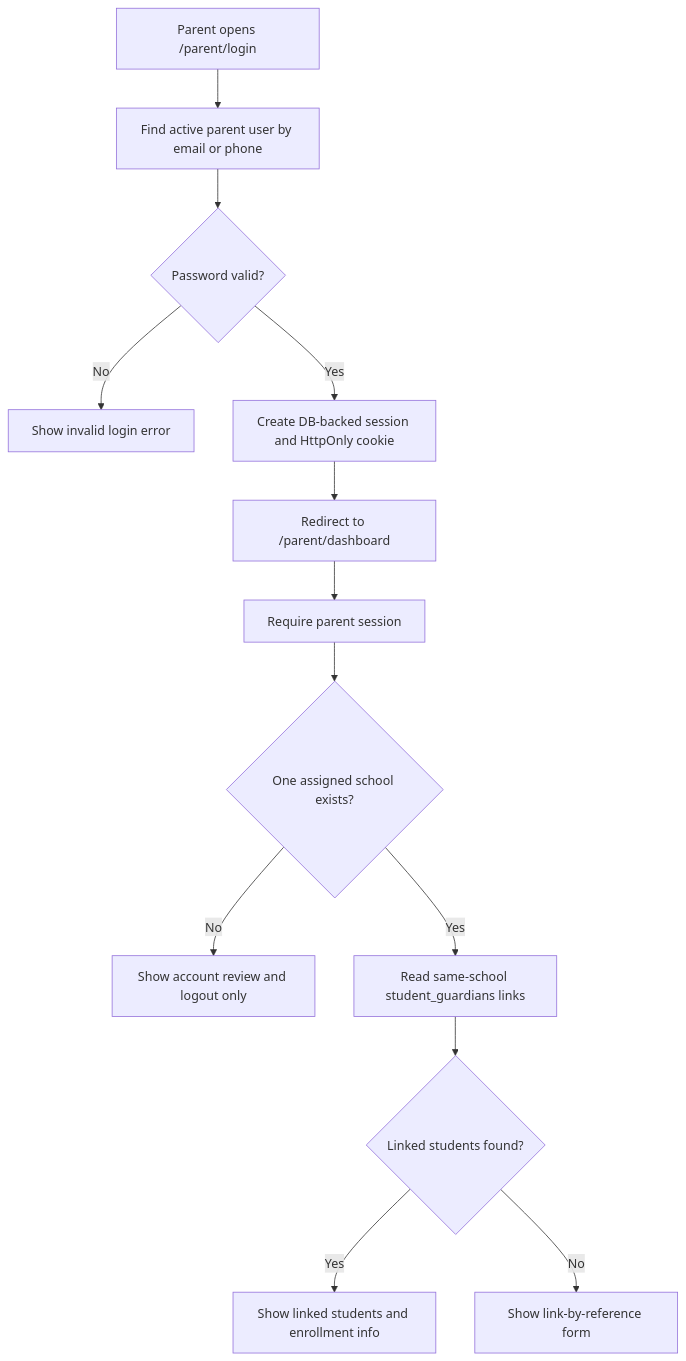
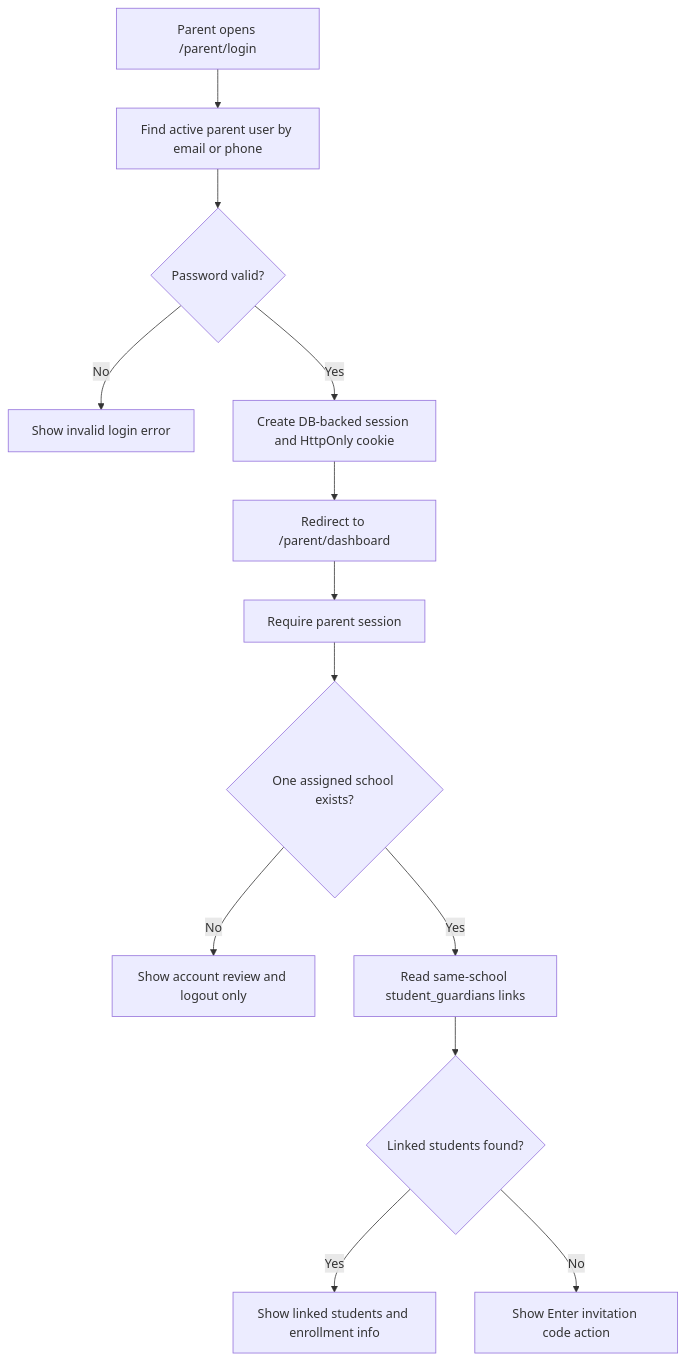
Before and after one commit to Xeyn19/xmetapay: diagram 12 of 23 in docs/PROJECT_FLOWCHARTS.md, drawn with Mermaid. The commit also changed other lines of this file and 40 other files, not shown here.

Commit message:
feat(parent): add invitation OTP claim flow

````diff
--- a/docs/PROJECT_FLOWCHARTS.md
+++ b/docs/PROJECT_FLOWCHARTS.md
@@ -438,15 +438,15 @@
 ```mermaid
 flowchart TD
   A["Parent opens /parent/login"] --> B["Find active parent user by email or phone"]
   B --> C{"Password valid?"}
   C -->|No| D["Show invalid login error"]
   C -->|Yes| E["Create DB-backed session and HttpOnly cookie"]
   E --> F["Redirect to /parent/dashboard"]
   F --> G["Require parent session"]
   G --> G2{"One assigned school exists?"}
   G2 -->|No| G3["Show account review and logout only"]
   G2 -->|Yes| H["Read same-school student_guardians links"]
   H --> I{"Linked students found?"}
   I -->|Yes| J["Show linked students and enrollment info"]
-  I -->|No| K["Show link-by-reference form"]
+  I -->|No| K["Show Enter invitation code action"]
 ```
````
